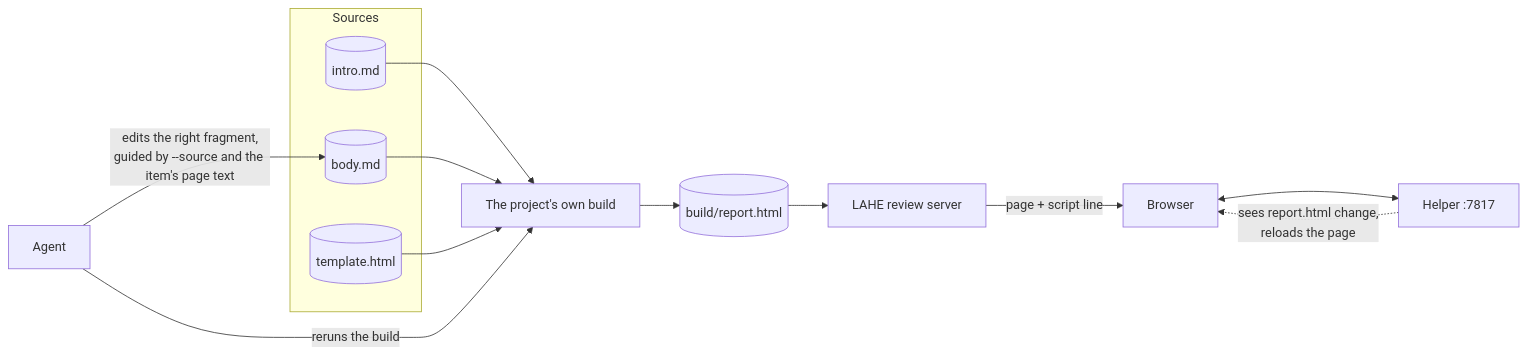
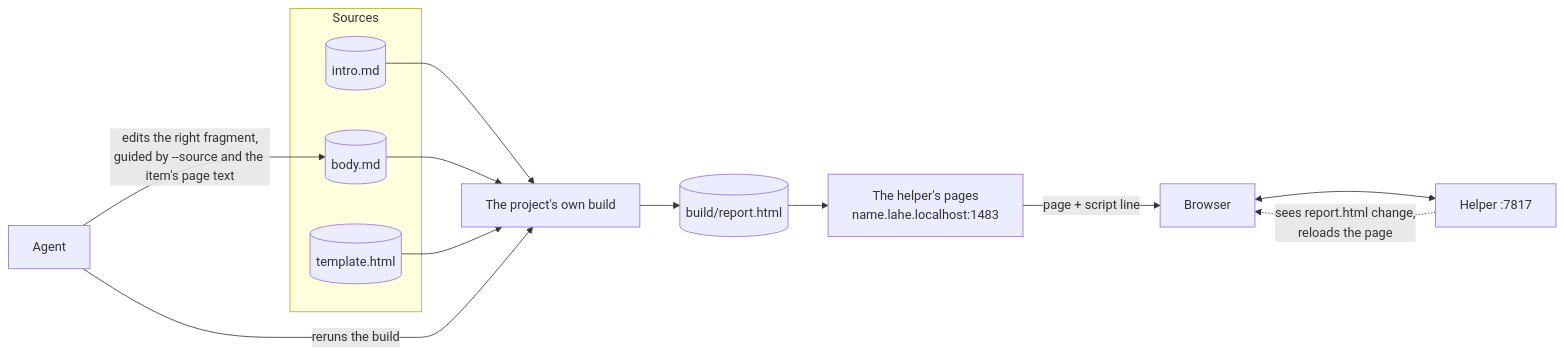
The fourth of 6 diagrams in docs/ongoing/SERVING_ARCHITECTURES.md (kenxle/live-agentic-html-editor), drawn with Mermaid before and after one commit. The commit also changed other lines of this file and 16 other files, not shown here.

First line of the commit message:
Stable addresses Step 3: the skill, contract, CLI doc, serving docs and diagrams describe stable addresses

````diff
--- a/docs/ongoing/SERVING_ARCHITECTURES.md
+++ b/docs/ongoing/SERVING_ARCHITECTURES.md
@@ -197,18 +239,18 @@
 ```mermaid
 flowchart LR
     subgraph Sources
         S1[("intro.md")]
         S2[("body.md")]
         S3[("template.html")]
     end
     S1 --> BLD["The project's own build"]
     S2 --> BLD
     S3 --> BLD
     BLD --> OUT[("build/report.html")]
-    OUT --> RS["LAHE review server"]
+    OUT --> RS["The helper's pages<br/>name.lahe.localhost:1483"]
     RS -->|page + script line| B["Browser"]
     B <--> H["Helper :7817"]
     A["Agent"] -->|"edits the right fragment,<br/>guided by --source and the item's page text"| S2
     A -->|reruns the build| BLD
     H -.->|"sees report.html change,<br/>reloads the page"| B
 ```
````
